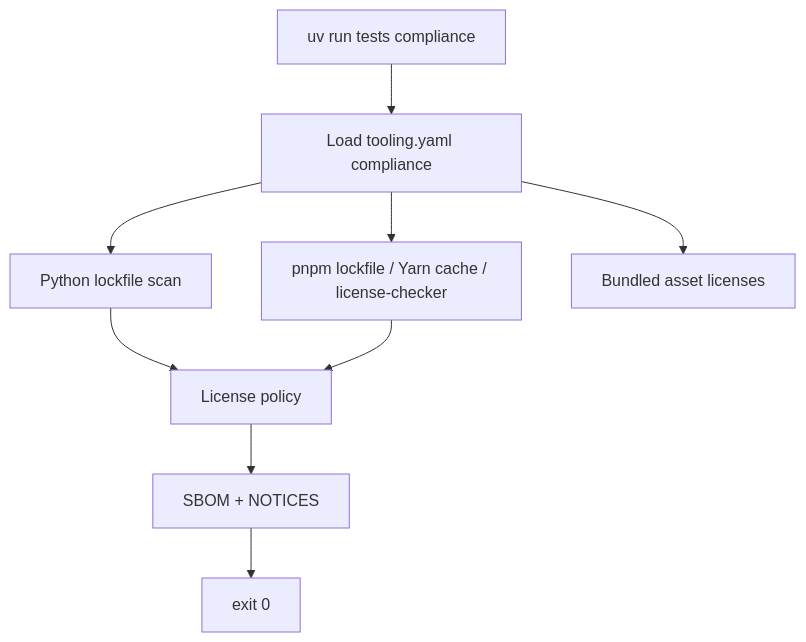
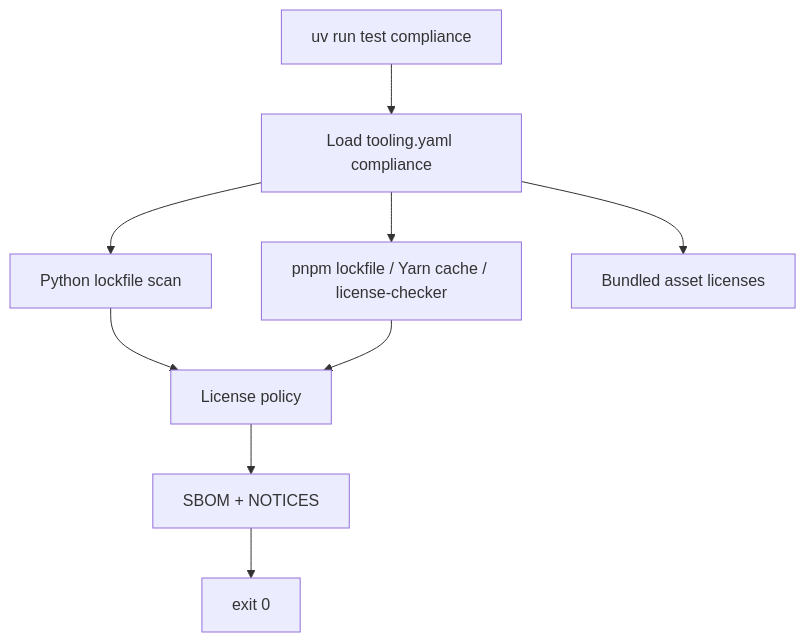
Before and after one commit to catalpainternational/catalpa-workspace-tooling: the diagram in docs/COMPLIANCE.md, drawn with Mermaid. The commit also changed other lines of this file and 3 other files, not shown here.

````diff
--- a/docs/COMPLIANCE.md
+++ b/docs/COMPLIANCE.md
@@ -28,11 +28,11 @@
 ```mermaid
 flowchart TD
-  start[uv run tests compliance] --> config[Load tooling.yaml compliance]
+  start[uv run test compliance] --> config[Load tooling.yaml compliance]
   config --> py[Python lockfile scan]
   config --> js[pnpm lockfile / Yarn cache / license-checker]
   py --> policy[License policy]
   js --> policy
   config --> assets[Bundled asset licenses]
   policy --> artifacts[SBOM + NOTICES]
   artifacts --> done[exit 0]
 ```
````
